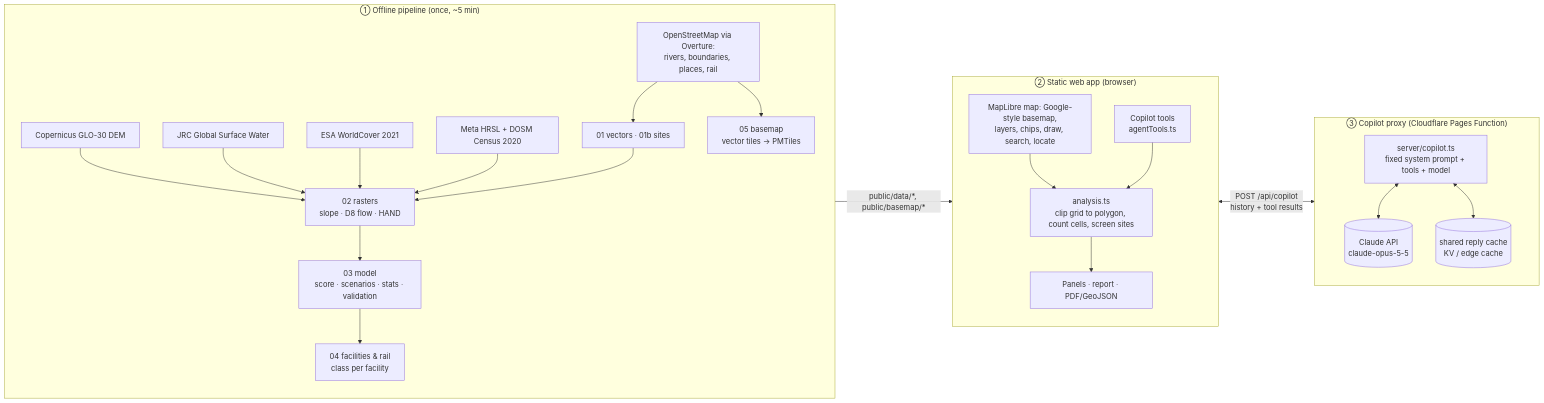
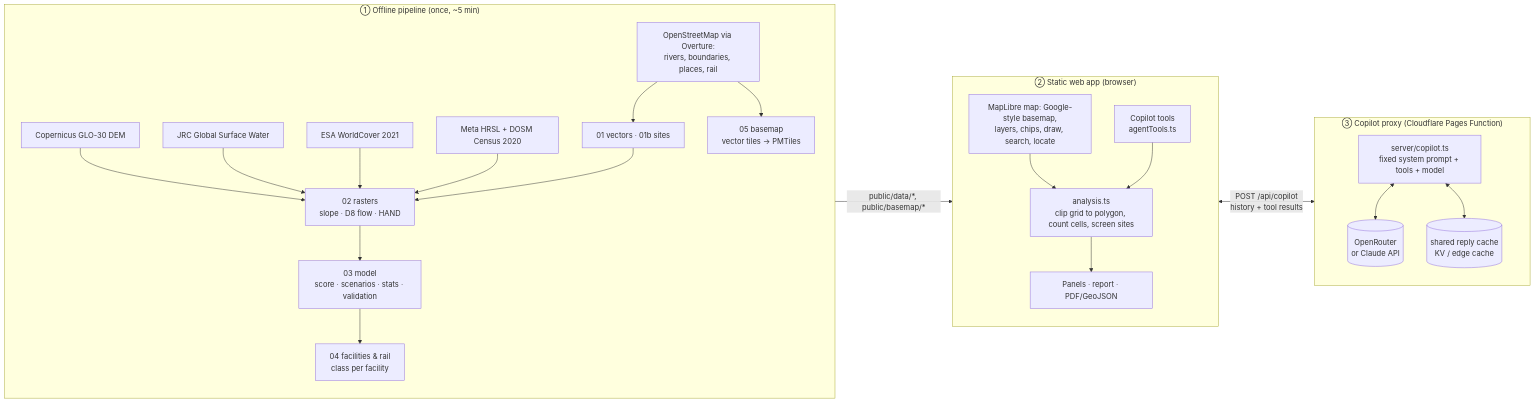
One commit to LuqmanNurhakimRosli/gingko-protototype changed the first of 2 diagrams in docs/ARCHITECTURE.md. Above: the diagram before and after it, drawn with Mermaid. The commit also changed other lines of this file and 15 other files, not shown here.

First line of the commit message:
Add OpenRouter as an AI provider for the copilot

````diff
--- a/docs/ARCHITECTURE.md
+++ b/docs/ARCHITECTURE.md
@@ -11,27 +11,27 @@
 ```mermaid
 flowchart LR
   subgraph A["① Offline pipeline (once, ~5 min)"]
     direction TB
     S1[Copernicus GLO-30 DEM] --> P2
     S2[OpenStreetMap via Overture:<br/>rivers, boundaries, places, rail] --> P1
     S3[JRC Global Surface Water] --> P2
     S4[ESA WorldCover 2021] --> P2
     S5[Meta HRSL + DOSM Census 2020] --> P2
     P1[01 vectors · 01b sites] --> P2[02 rasters<br/>slope · D8 flow · HAND]
     P2 --> P3[03 model<br/>score · scenarios · stats · validation]
     P3 --> P4[04 facilities & rail<br/>class per facility]
     S2 --> P5[05 basemap<br/>vector tiles → PMTiles]
   end
   A -->|public/data/*, public/basemap/*| B
   subgraph B["② Static web app (browser)"]
     direction TB
     M[MapLibre map: Google-style basemap,<br/>layers, chips, draw, search, locate] --> AN[analysis.ts<br/>clip grid to polygon, count cells, screen sites]
     AN --> UI[Panels · report · PDF/GeoJSON]
     T[Copilot tools<br/>agentTools.ts] --> AN
   end
   B <-->|POST /api/copilot<br/>history + tool results| C
   subgraph C["③ Copilot proxy (Cloudflare Pages Function)"]
-    F[server/copilot.ts<br/>fixed system prompt + tools + model] <--> CL[(Claude API<br/>claude-opus-5-5)]
+    F[server/copilot.ts<br/>fixed system prompt + tools + model] <--> CL[(OpenRouter<br/>or Claude API)]
     F <--> KV[(shared reply cache<br/>KV / edge cache)]
   end
 ```
````
